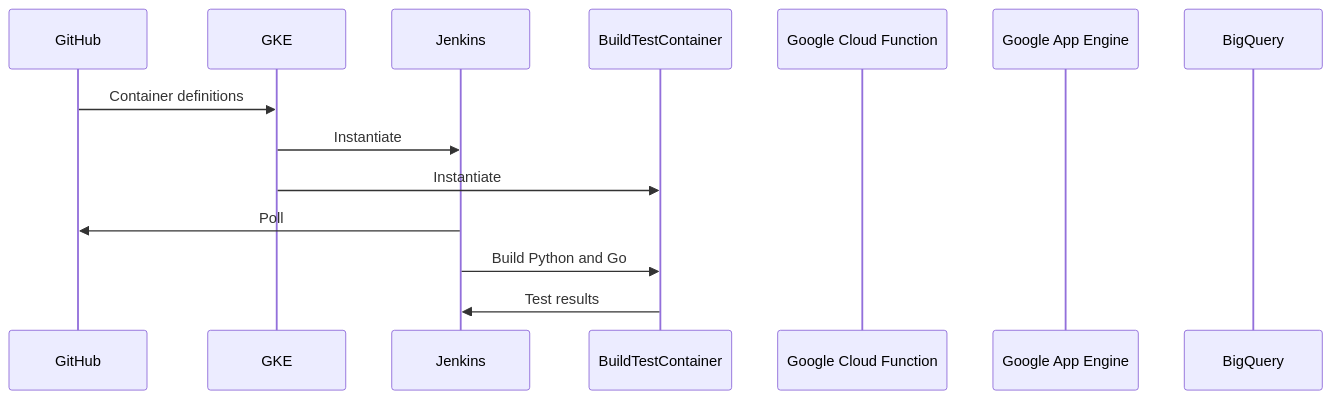
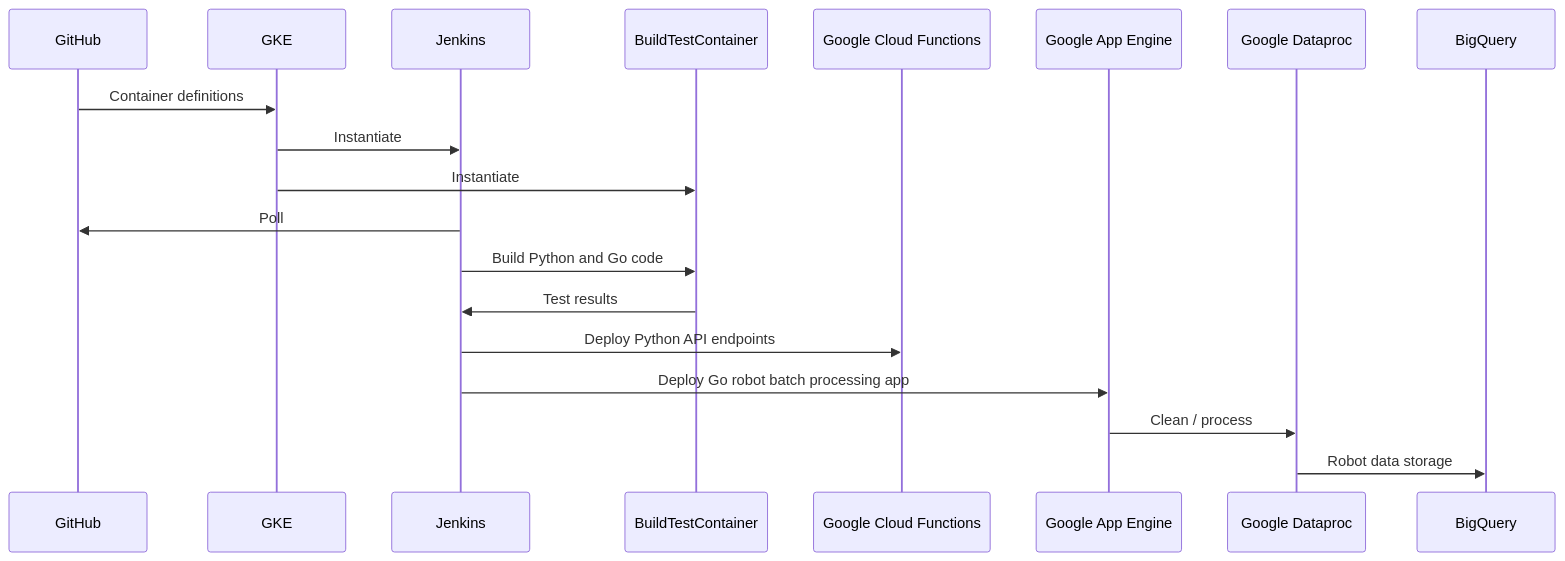
One commit to ff4444/braincorp changed the diagram in README.md. Above: the diagram before and after it, drawn with Mermaid.

Commit message:
Update README.md
Expanded mermaid diagram

````diff
--- a/README.md
+++ b/README.md
@@ -14,16 +14,21 @@
 ```mermaid
 sequenceDiagram
     participant GitHub
     participant GKE
     participant Jenkins
     participant BuildTestContainer
-    participant Google Cloud Function
+    participant Google Cloud Functions
     participant Google App Engine
+    participant Google Dataproc
     participant BigQuery
     GitHub->>GKE: Container definitions
     GKE->>Jenkins: Instantiate
     GKE->>BuildTestContainer: Instantiate
     Jenkins->>GitHub: Poll
-    Jenkins->>BuildTestContainer: Build Python and Go
+    Jenkins->>BuildTestContainer: Build Python and Go code
     BuildTestContainer->>Jenkins: Test results
+    Jenkins->>Google Cloud Functions: Deploy Python API endpoints
+    Jenkins->>Google App Engine: Deploy Go robot batch processing app
+    Google App Engine->>Google Dataproc: Clean / process
+    Google Dataproc->>BigQuery: Robot data storage
 ```
````
